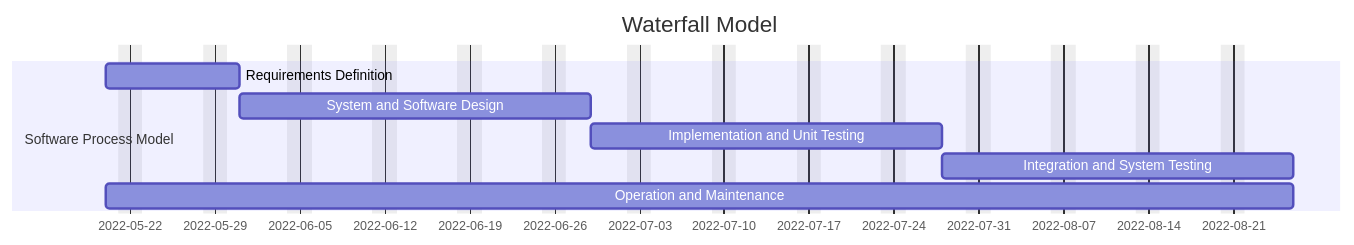
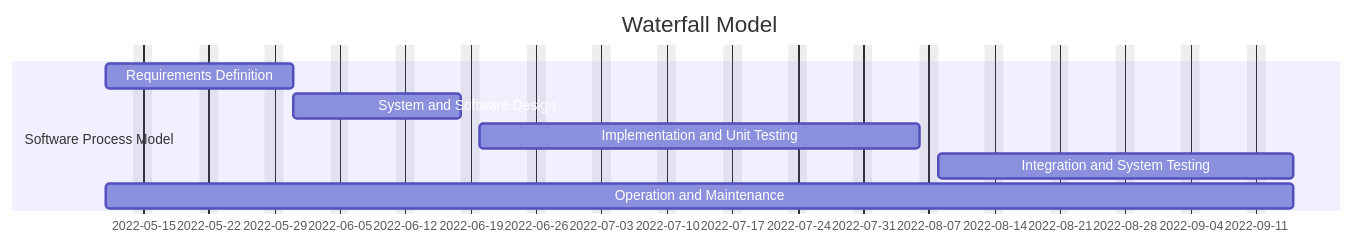
One commit to ngot8/APC_Lab2 changed the diagram in ngo_waterfall.md. Above: the diagram before and after it, drawn with Mermaid. The commit also changed other lines of this file, not shown here.

````diff
--- a/ngo_waterfall.md
+++ b/ngo_waterfall.md
@@ -1,13 +1,13 @@
 ```mermaid
 gantt
 dateFormat  YYYY-MM-DD
 title Waterfall Model
 excludes  weekends
 
 section Software Process Model
-Requirements Definition               :         des1, 2022-05-20, 2022-05-31
-System and Software Design            :         des2, 2022-05-31, 3w
-Implementation and Unit Testing       :         des3, after des2, 3w
-Integration and System Testing        :         des4, after des3, 3w
-Operation and Maintenance             :         des5, 2022-05-20, 10w
+Requirements Definition               :         des1, 2022-05-11, 2022-05-31
+System and Software Design            :         des2, 2022-05-31, 2w
+Implementation and Unit Testing       :         des3, after des2, 5w
+Integration and System Testing        :         des4, after des3, 4w
+Operation and Maintenance             :         des5, 2022-05-11, 13w
 ```
````
